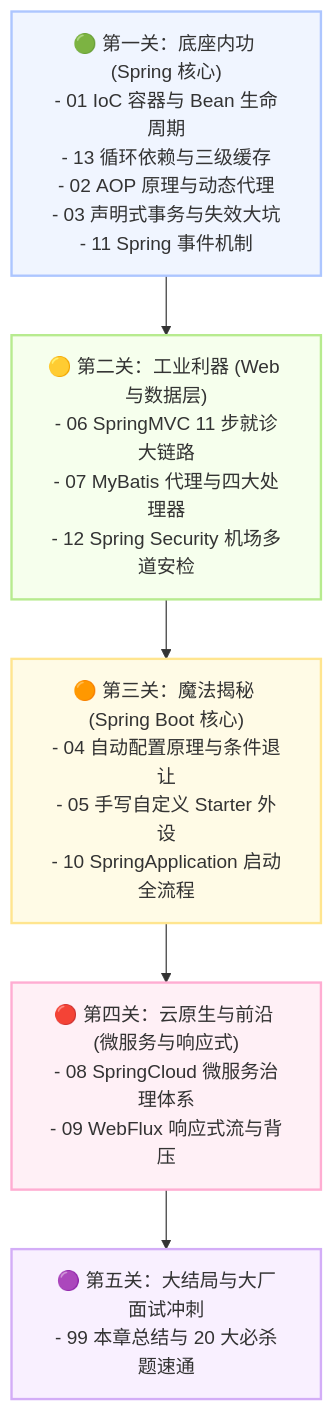
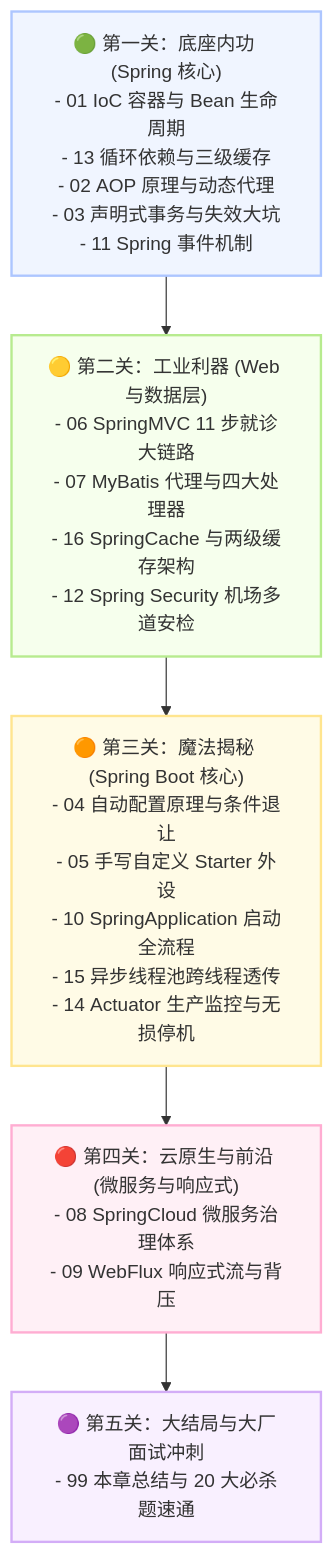
Before and after one commit to GuoWWWX/knowledge-base: the third of 3 diagrams in 20-Java后端/04-Spring生态/00-Spring生态全景与心智模型.md, drawn with Mermaid. The commit also changed other lines of this file and 9 other files, not shown here.

````diff
--- a/20-Java后端/04-Spring生态/00-Spring生态全景与心智模型.md
+++ b/20-Java后端/04-Spring生态/00-Spring生态全景与心智模型.md
@@ -86,20 +86,20 @@
 ```mermaid
 flowchart TD
     classDef s1 fill:#f0f5ff,stroke:#adc6ff,stroke-width:2px;
     classDef s2 fill:#f6ffed,stroke:#b7eb8f,stroke-width:2px;
     classDef s3 fill:#fffbe6,stroke:#ffe58f,stroke-width:2px;
     classDef s4 fill:#fff0f6,stroke:#ffadd2,stroke-width:2px;
     classDef s5 fill:#f9f0ff,stroke:#d3adf7,stroke-width:2px;
 
     G1["🟢 第一关：底座内功 (Spring 核心)<br/>- 01 IoC 容器与 Bean 生命周期<br/>- 13 循环依赖与三级缓存<br/>- 02 AOP 原理与动态代理<br/>- 03 声明式事务与失效大坑<br/>- 11 Spring 事件机制"]:::s1
     
-    G2["🟡 第二关：工业利器 (Web 与数据层)<br/>- 06 SpringMVC 11 步就诊大链路<br/>- 07 MyBatis 代理与四大处理器<br/>- 12 Spring Security 机场多道安检"]:::s2
+    G2["🟡 第二关：工业利器 (Web 与数据层)<br/>- 06 SpringMVC 11 步就诊大链路<br/>- 07 MyBatis 代理与四大处理器<br/>- 16 SpringCache 与两级缓存架构<br/>- 12 Spring Security 机场多道安检"]:::s2
 
-    G3["🟠 第三关：魔法揭秘 (Spring Boot 核心)<br/>- 04 自动配置原理与条件退让<br/>- 05 手写自定义 Starter 外设<br/>- 10 SpringApplication 启动全流程"]:::s3
+    G3["🟠 第三关：魔法揭秘 (Spring Boot 核心)<br/>- 04 自动配置原理与条件退让<br/>- 05 手写自定义 Starter 外设<br/>- 10 SpringApplication 启动全流程<br/>- 15 异步线程池跨线程透传<br/>- 14 Actuator 生产监控与无损停机"]:::s3
 
     G4["🔴 第四关：云原生与前沿 (微服务与响应式)<br/>- 08 SpringCloud 微服务治理体系<br/>- 09 WebFlux 响应式流与背压"]:::s4
 
     G5["🟣 第五关：大结局与大厂面试冲刺<br/>- 99 本章总结与 20 大必杀题速通"]:::s5
 
     G1 --> G2 --> G3 --> G4 --> G5
 ```
````
